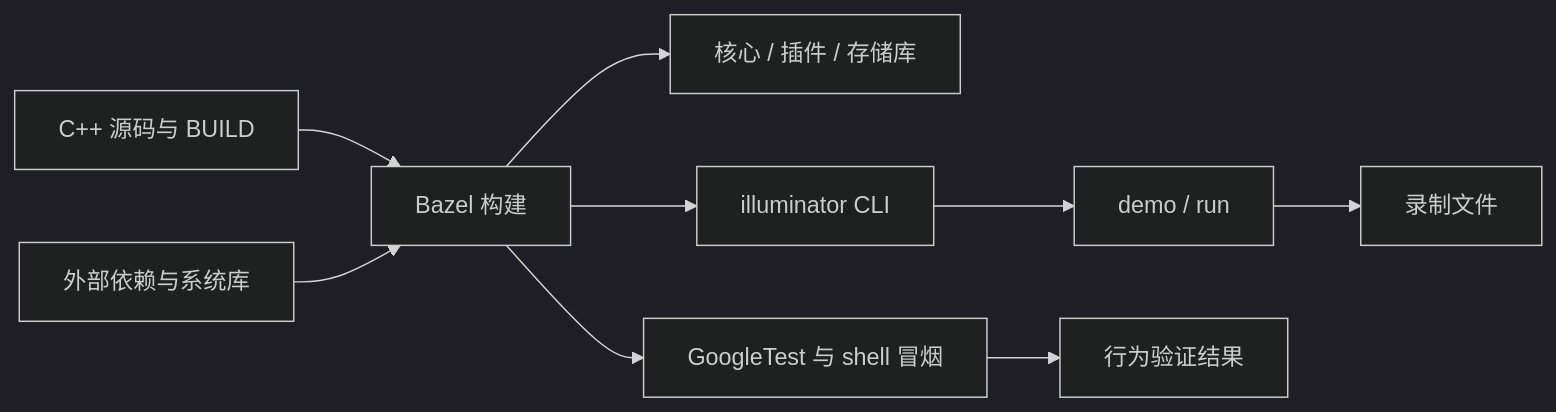
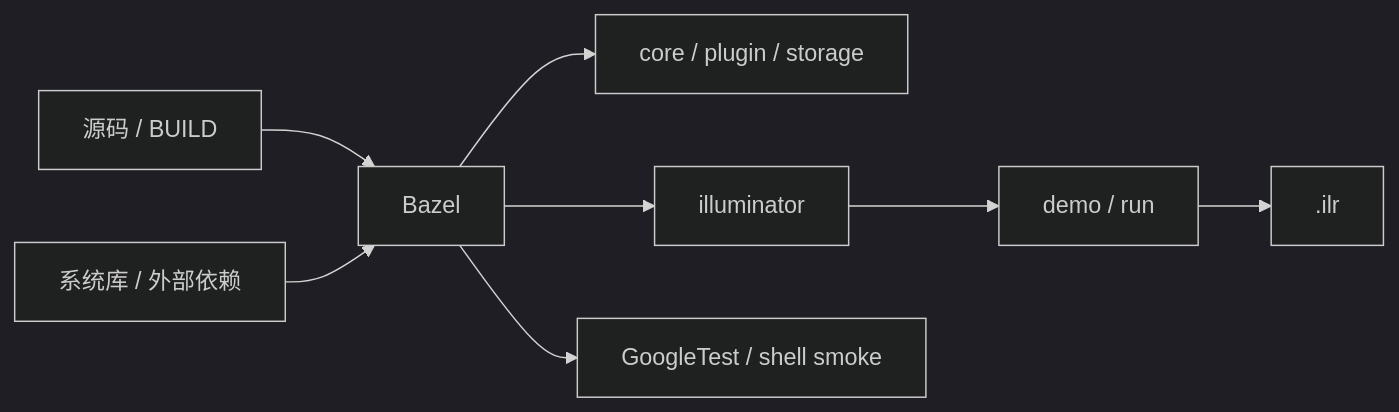
The first of 3 diagrams in docs/document/撰修司/illuminator性能监控平台/设计方案/09-development-and-validation.md (Franch-Toast/Scriptorium), drawn with Mermaid (dark theme) before and after one commit. The commit also changed other lines of this file and 20 other files, not shown here.

````diff
--- a/docs/document/撰修司/illuminator性能监控平台/设计方案/09-development-and-validation.md
+++ b/docs/document/撰修司/illuminator性能监控平台/设计方案/09-development-and-validation.md
@@ -34,12 +43,11 @@
 ```mermaid
 %%{init: {"flowchart":{"useMaxWidth":false,"htmlLabels":false}}}%%
 flowchart LR
-    SRC[C++ 源码与 BUILD] --> B[Bazel 构建]
-    EXT[外部依赖与系统库] --> B
-    B --> LIB[核心 / 插件 / 存储库]
-    B --> CLI[illuminator CLI]
-    B --> TEST[GoogleTest 与 shell 冒烟]
-    CLI --> RUN[demo / run]
-    RUN --> ILR[录制文件]
-    TEST --> RESULT[行为验证结果]
+    SRC["源码 / BUILD"] --> B["Bazel"]
+    EXT["系统库 / 外部依赖"] --> B
+    B --> LIB["core / plugin / storage"]
+    B --> CLI["illuminator"]
+    B --> T["GoogleTest / shell smoke"]
+    CLI --> RUN["demo / run"]
+    RUN --> ILR[".ilr"]
 ```
````
